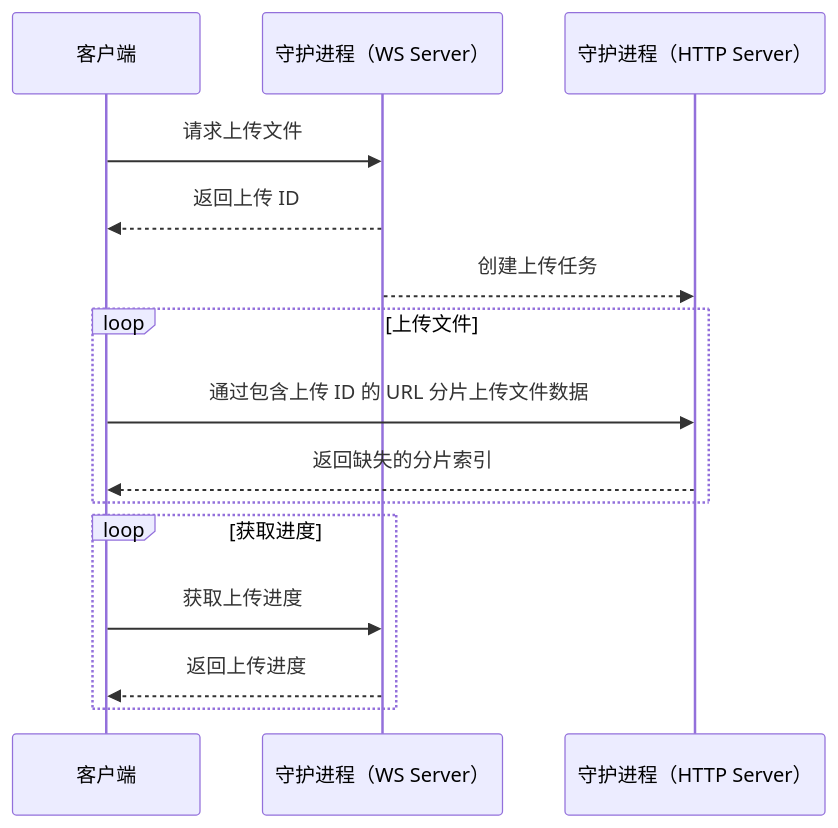
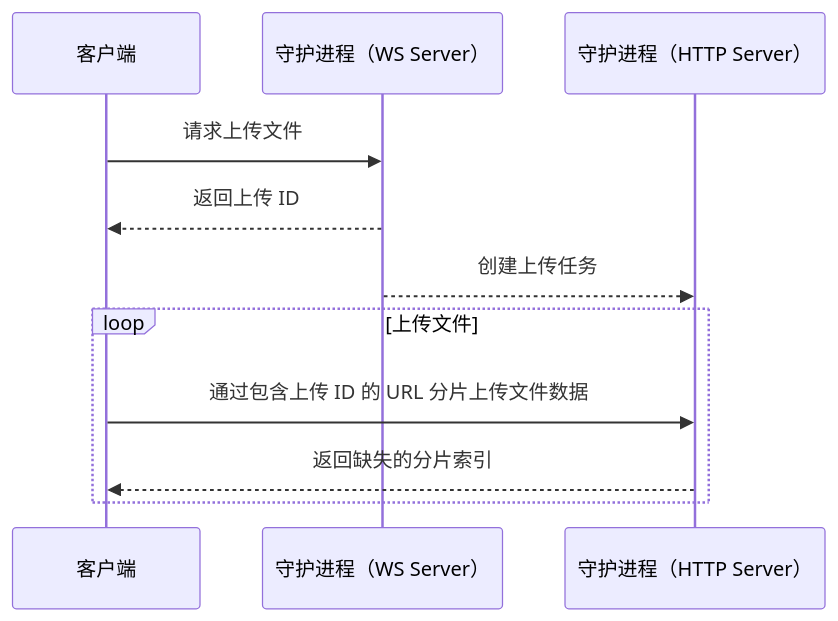
One commit to MCSLTeam/mcsl-future-protocol changed the first of 2 diagrams in topics/file-transfer.md. Above: the diagram before and after it, drawn with Mermaid. The commit also changed other lines of this file, not shown here.

````diff
--- a/topics/file-transfer.md
+++ b/topics/file-transfer.md
@@ -11,14 +11,10 @@
 ```mermaid
 sequenceDiagram
     客户端 ->> 守护进程（WS Server）: 请求上传文件
     守护进程（WS Server） -->> 客户端: 返回上传 ID
     守护进程（WS Server） -->> 守护进程（HTTP Server）: 创建上传任务
     loop 上传文件
         客户端 ->> 守护进程（HTTP Server）: 通过包含上传 ID 的 URL 分片上传文件数据
         守护进程（HTTP Server） -->> 客户端: 返回缺失的分片索引
     end
-    loop 获取进度
-        客户端 ->> 守护进程（WS Server）: 获取上传进度
-        守护进程（WS Server） -->> 客户端: 返回上传进度
-    end
 ```
````
